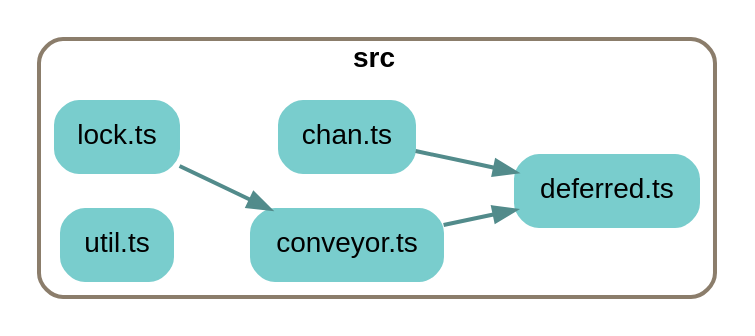
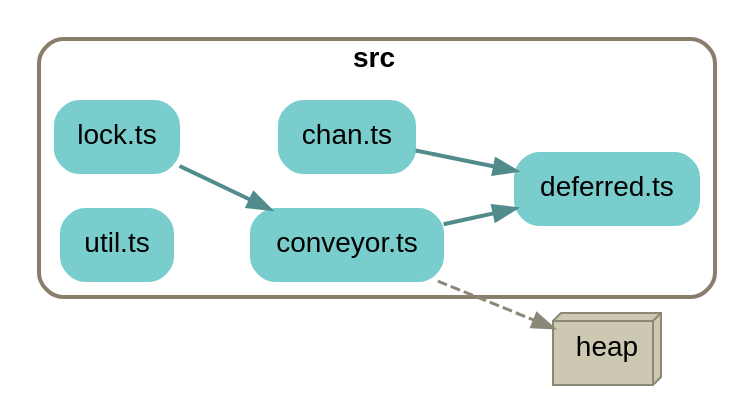
The diagram in depchart/depchart-basic.dot (cinnamon-bun/concurrency-friends), drawn with Graphviz before and after one commit. The commit also changed 7 other files, not shown here.

```diff
--- a/depchart/depchart-basic.dot
+++ b/depchart/depchart-basic.dot
@@ -1,33 +1,39 @@
 
 digraph G {
     //splines=line;
     //splines=polyline;
     splines=true;
     rankdir=LR;
     //newrank=true;
     compound=true;
     graph [fontname = "helvetica"];  // dpi=72
     node [fontname = "helvetica"];
     edge [fontname = "helvetica"];
     
     // files in their folder clusters
 
-    subgraph cluster348294874 {
+    subgraph cluster6282160516 {
         label=<<b>src</b>>;
         style="rounded";
         color=bisque4;
         penwidth=2;
                 
         "src/chan.ts" [label="chan.ts", shape=rectangle; style="rounded,filled"; color=darkslategray3];
         "src/conveyor.ts" [label="conveyor.ts", shape=rectangle; style="rounded,filled"; color=darkslategray3];
         "src/deferred.ts" [label="deferred.ts", shape=rectangle; style="rounded,filled"; color=darkslategray3];
         "src/lock.ts" [label="lock.ts", shape=rectangle; style="rounded,filled"; color=darkslategray3];
         "src/util.ts" [label="util.ts", shape=rectangle; style="rounded,filled"; color=darkslategray3];
     }
 
+    // packages not in their own cluster
+        "heap" [shape=box3d, style=filled, fillcolor=cornsilk3, color=cornsilk4];
+
     // edges between files
     "src/chan.ts" -> "src/deferred.ts" [penwidth=2; color=darkslategray4];
     "src/conveyor.ts" -> "src/deferred.ts" [penwidth=2; color=darkslategray4];
     "src/lock.ts" -> "src/conveyor.ts" [penwidth=2; color=darkslategray4];
 
+    // edges from files to packages
+    "src/conveyor.ts" -> "heap" [penwidth=1.5; style=dashed, color=cornsilk4, weight=1];
+
 }
```
